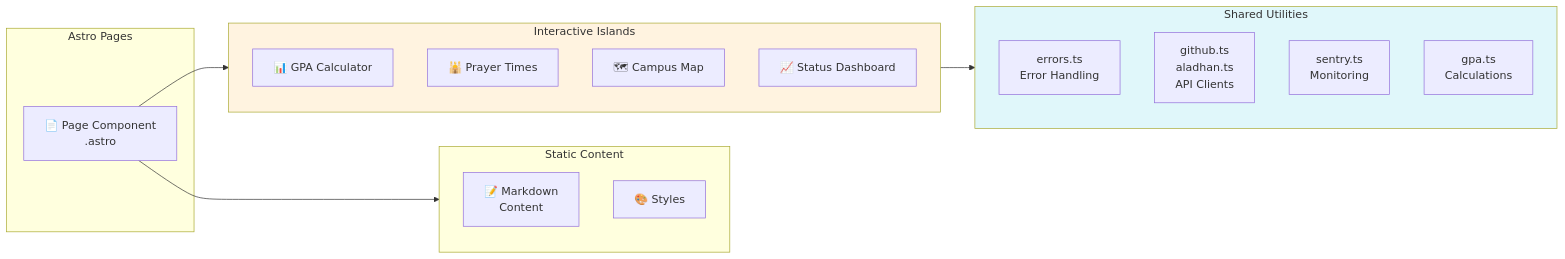
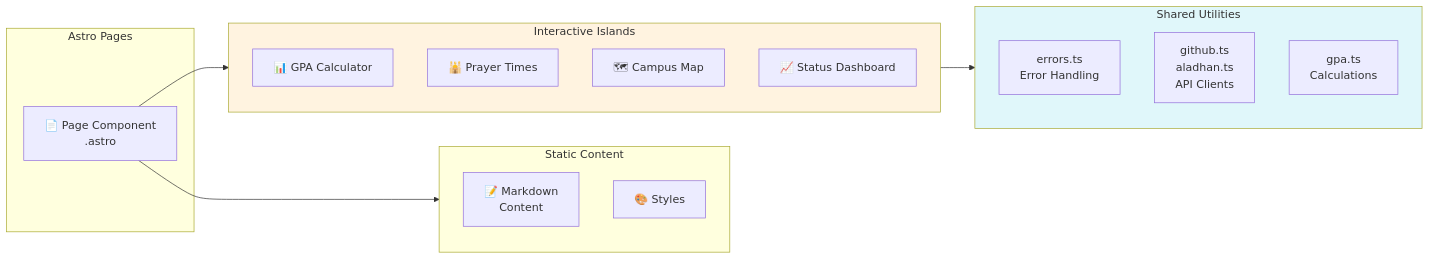
One commit to IIUMstudent/Awesome-IIUM changed the second of 13 diagrams in ARCHITECTURE.md. Above: the diagram before and after it, drawn with Mermaid. The commit also changed other lines of this file and 16 other files, not shown here.

````diff
--- a/ARCHITECTURE.md
+++ b/ARCHITECTURE.md
@@ -135,32 +133,31 @@
 ```mermaid
 graph LR
     subgraph Astro["Astro Pages"]
         Page[📄 Page Component<br/>.astro]
     end
     
     subgraph Static["Static Content"]
         MD[📝 Markdown<br/>Content]
         CSS[🎨 Styles]
     end
     
     subgraph Interactive["Interactive Islands"]
         GPA[📊 GPA Calculator]
         Prayer[🕌 Prayer Times]
         Map[🗺 Campus Map]
         Dashboard[📈 Status Dashboard]
     end
     
     subgraph Utilities["Shared Utilities"]
         ErrorUtils[errors.ts<br/>Error Handling]
         APIUtils[github.ts<br/>aladhan.ts<br/>API Clients]
-        SentryUtils[sentry.ts<br/>Monitoring]
         GPAUtils[gpa.ts<br/>Calculations]
     end
     
     Page --> Static
     Page --> Interactive
     Interactive --> Utilities
     
     style Interactive fill:#fff3e0
     style Utilities fill:#e0f7fa
 ```
````
